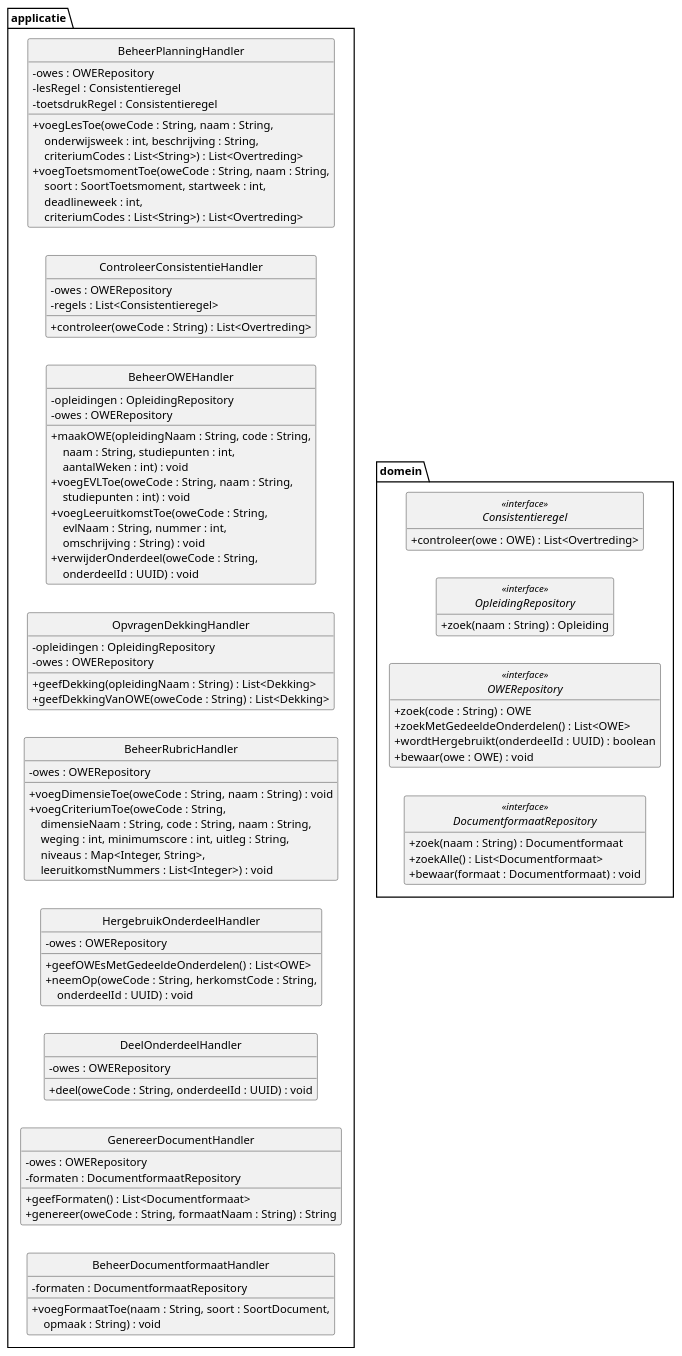
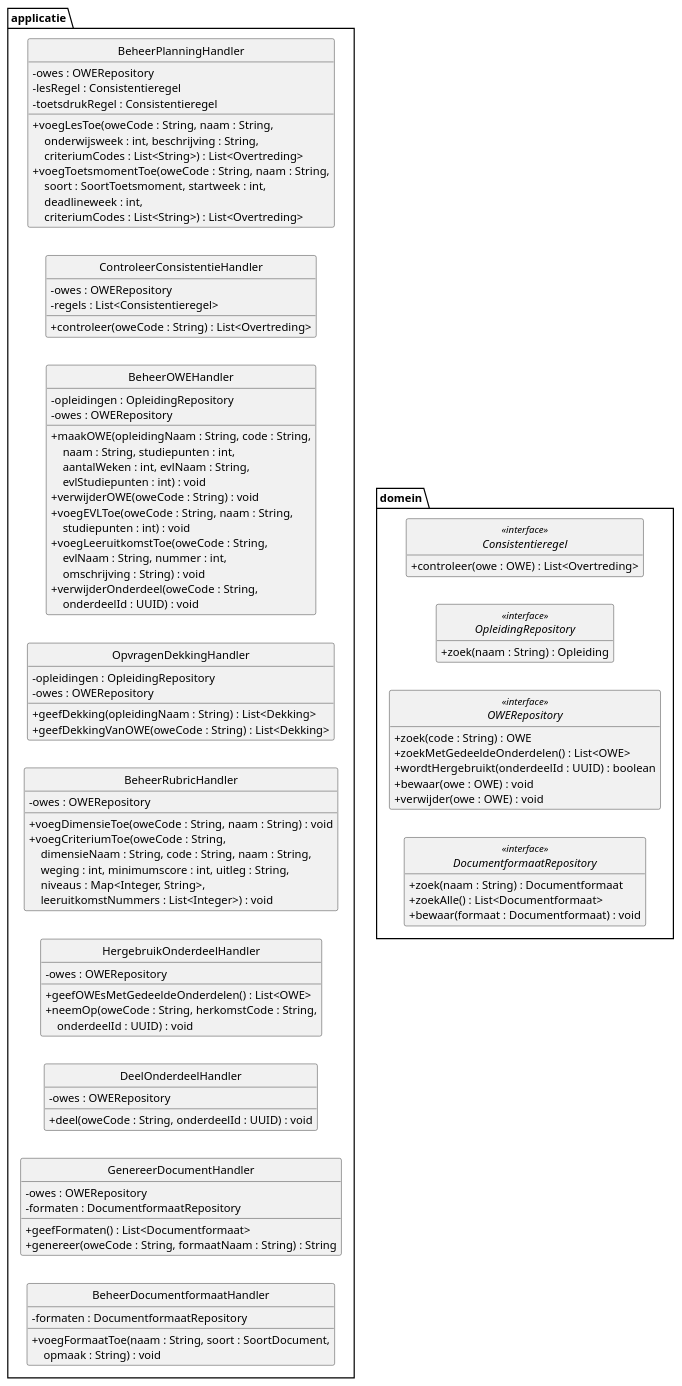
One commit to HAN-Craftsmanship-KL-JJG/casus changed the diagram in docs/diagrams/klassendiagram-handlers.puml. Above: the diagram before and after it, drawn with PlantUML. The commit also changed 8 other files, not shown here.

```diff
--- a/docs/diagrams/klassendiagram-handlers.puml
+++ b/docs/diagrams/klassendiagram-handlers.puml
@@ -1,118 +1,121 @@
 @startuml klassendiagram-handlers
 ' Design class diagram van ICDE: use case controllers en repositories.
 ' Toelichting: docs/klassendiagram.md
 ' De domeinklassen staan volledig in klassendiagram-domein.puml.
 ' Verwijzingen naar repositories en regels staan als attribuut, niet als lijn (Larman 7.4).
 skinparam style strictuml
 skinparam shadowing false
 skinparam defaultFontName Helvetica
 skinparam classAttributeIconSize 0
 hide empty members
 left to right direction
 
 package applicatie {
   class BeheerOWEHandler {
     - opleidingen : OpleidingRepository
     - owes : OWERepository
     + maakOWE(opleidingNaam : String, code : String,\n    \
 naam : String, studiepunten : int,\n    \
-aantalWeken : int) : void
+aantalWeken : int, evlNaam : String,\n    \
+evlStudiepunten : int) : void
+    + verwijderOWE(oweCode : String) : void
     + voegEVLToe(oweCode : String, naam : String,\n    \
 studiepunten : int) : void
     + voegLeeruitkomstToe(oweCode : String,\n    \
 evlNaam : String, nummer : int,\n    \
 omschrijving : String) : void
     + verwijderOnderdeel(oweCode : String,\n    \
 onderdeelId : UUID) : void
   }
   class BeheerRubricHandler {
     - owes : OWERepository
     + voegDimensieToe(oweCode : String, naam : String) : void
     + voegCriteriumToe(oweCode : String,\n    \
 dimensieNaam : String, code : String, naam : String,\n    \
 weging : int, minimumscore : int, uitleg : String,\n    \
 niveaus : Map<Integer, String>,\n    \
 leeruitkomstNummers : List<Integer>) : void
   }
   class BeheerPlanningHandler {
     - owes : OWERepository
     - lesRegel : Consistentieregel
     - toetsdrukRegel : Consistentieregel
     + voegLesToe(oweCode : String, naam : String,\n    \
 onderwijsweek : int, beschrijving : String,\n    \
 criteriumCodes : List<String>) : List<Overtreding>
     + voegToetsmomentToe(oweCode : String, naam : String,\n    \
 soort : SoortToetsmoment, startweek : int,\n    \
 deadlineweek : int,\n    \
 criteriumCodes : List<String>) : List<Overtreding>
   }
   class ControleerConsistentieHandler {
     - owes : OWERepository
     - regels : List<Consistentieregel>
     + controleer(oweCode : String) : List<Overtreding>
   }
   class GenereerDocumentHandler {
     - owes : OWERepository
     - formaten : DocumentformaatRepository
     + geefFormaten() : List<Documentformaat>
     + genereer(oweCode : String, formaatNaam : String) : String
   }
   class HergebruikOnderdeelHandler {
     - owes : OWERepository
     + geefOWEsMetGedeeldeOnderdelen() : List<OWE>
     + neemOp(oweCode : String, herkomstCode : String,\n    \
 onderdeelId : UUID) : void
   }
   class OpvragenDekkingHandler {
     - opleidingen : OpleidingRepository
     - owes : OWERepository
     + geefDekking(opleidingNaam : String) : List<Dekking>
     + geefDekkingVanOWE(oweCode : String) : List<Dekking>
   }
   class DeelOnderdeelHandler {
     - owes : OWERepository
     + deel(oweCode : String, onderdeelId : UUID) : void
   }
   class BeheerDocumentformaatHandler {
     - formaten : DocumentformaatRepository
     + voegFormaatToe(naam : String, soort : SoortDocument,\n    \
 opmaak : String) : void
   }
 }
 
 package domein {
   interface OWERepository <<interface>> {
     + zoek(code : String) : OWE
     + zoekMetGedeeldeOnderdelen() : List<OWE>
     + wordtHergebruikt(onderdeelId : UUID) : boolean
     + bewaar(owe : OWE) : void
+    + verwijder(owe : OWE) : void
   }
   interface OpleidingRepository <<interface>> {
     + zoek(naam : String) : Opleiding
   }
   interface DocumentformaatRepository <<interface>> {
     + zoek(naam : String) : Documentformaat
     + zoekAlle() : List<Documentformaat>
     + bewaar(formaat : Documentformaat) : void
   }
   interface Consistentieregel <<interface>> {
     + controleer(owe : OWE) : List<Overtreding>
   }
 }
 
 ' Onzichtbare lijnen zetten elke handler naast zijn repositories.
 BeheerOWEHandler -[hidden]-> OpleidingRepository
 BeheerOWEHandler -[hidden]-> OWERepository
 BeheerRubricHandler -[hidden]-> OWERepository
 BeheerPlanningHandler -[hidden]-> OWERepository
 ControleerConsistentieHandler -[hidden]-> OWERepository
 ControleerConsistentieHandler -[hidden]-> Consistentieregel
 BeheerPlanningHandler -[hidden]-> Consistentieregel
 GenereerDocumentHandler -[hidden]-> OWERepository
 GenereerDocumentHandler -[hidden]-> DocumentformaatRepository
 HergebruikOnderdeelHandler -[hidden]-> OWERepository
 OpvragenDekkingHandler -[hidden]-> OpleidingRepository
 OpvragenDekkingHandler -[hidden]-> OWERepository
 DeelOnderdeelHandler -[hidden]-> OWERepository
 BeheerDocumentformaatHandler -[hidden]-> DocumentformaatRepository
 @enduml
```
